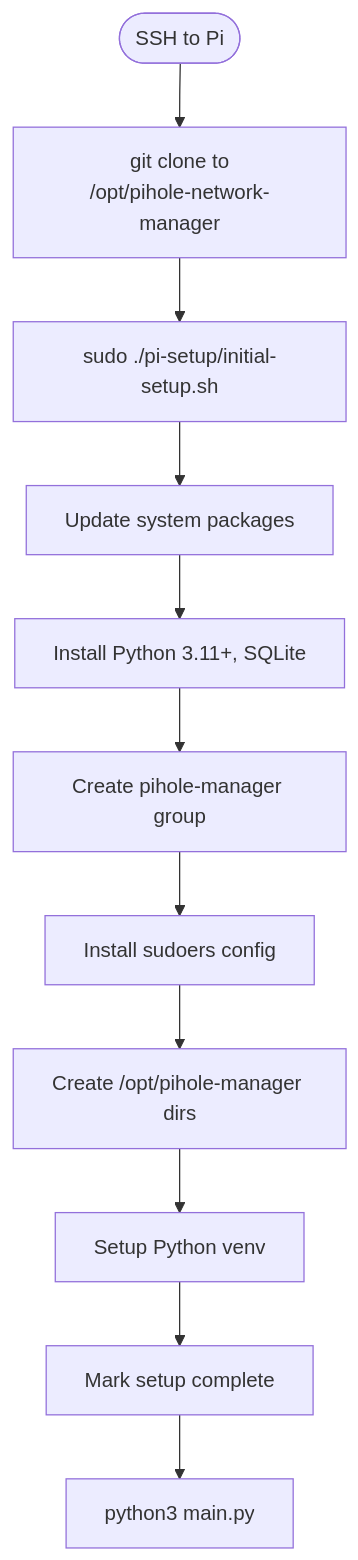
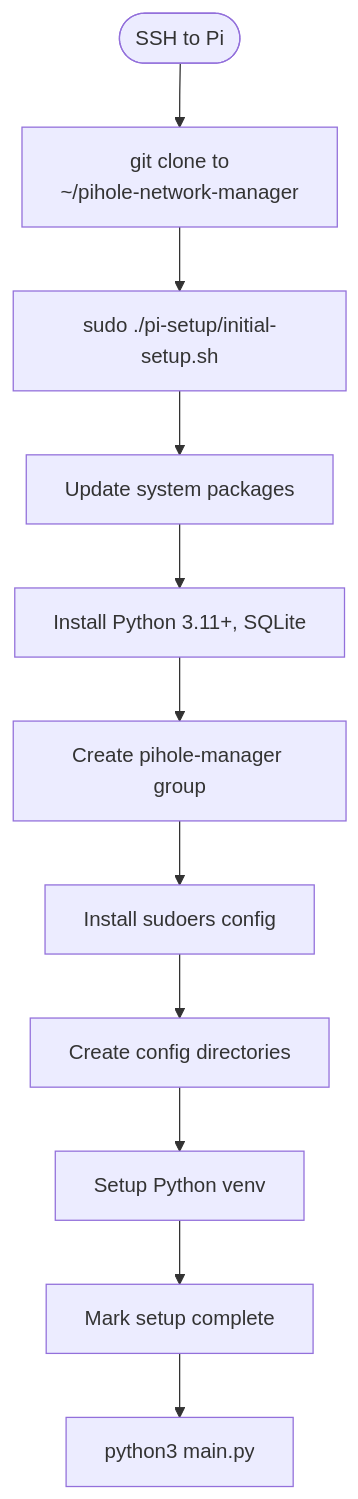
Before and after one commit to ThePraxium/pihole-network-manager: the third of 6 diagrams in docs/architecture.md, drawn with Mermaid. The commit also changed other lines of this file and 16 other files, not shown here.

````diff
--- a/docs/architecture.md
+++ b/docs/architecture.md
@@ -313,13 +313,13 @@
 ```mermaid
 flowchart TD
-    Start([SSH to Pi]) --> Clone[git clone to<br/>/opt/pihole-network-manager]
+    Start([SSH to Pi]) --> Clone[git clone to<br/>~/pihole-network-manager]
     Clone --> Setup[sudo ./pi-setup/initial-setup.sh]
     Setup --> S1[Update system packages]
     S1 --> S2[Install Python 3.11+, SQLite]
     S2 --> S3[Create pihole-manager group]
     S3 --> S4[Install sudoers config]
-    S4 --> S5[Create /opt/pihole-manager dirs]
+    S4 --> S5[Create config directories]
     S5 --> S6[Setup Python venv]
     S6 --> S7[Mark setup complete]
     S7 --> Run[python3 main.py]
 ```
````
